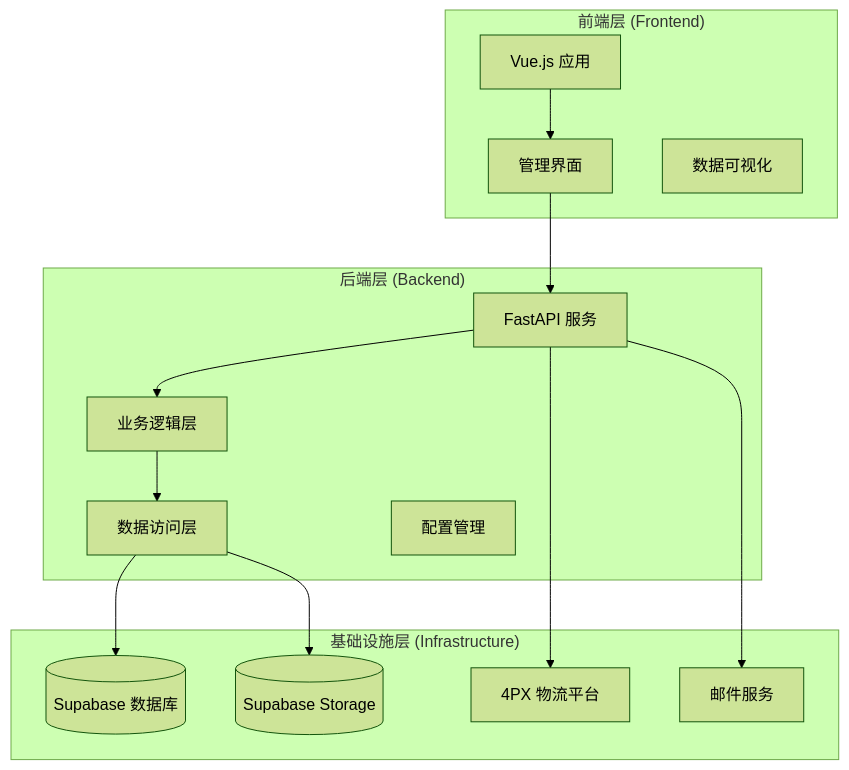
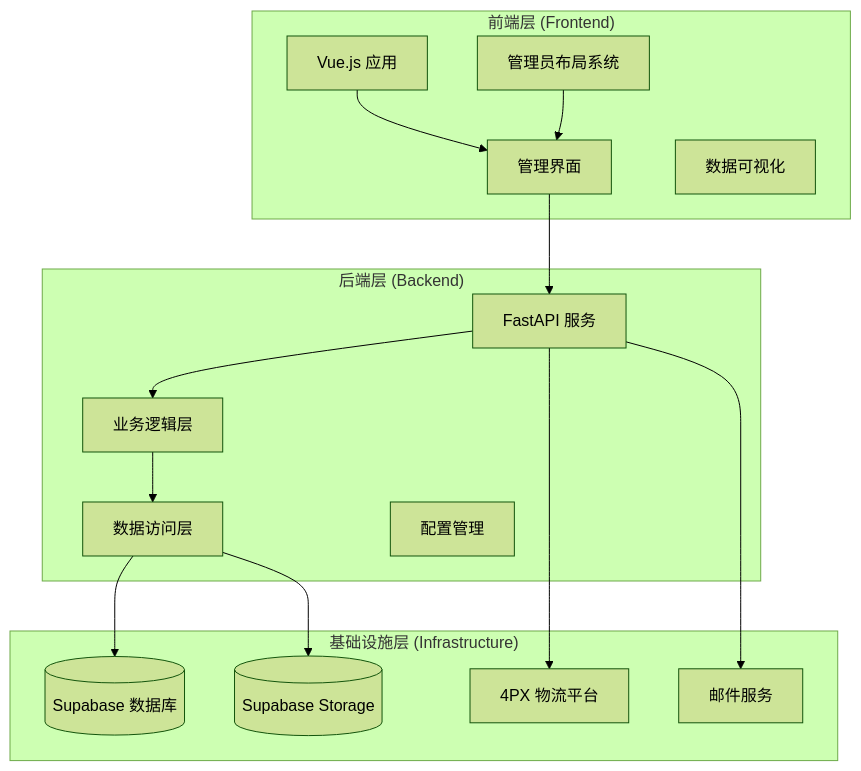
One commit to SY6621/POD-Order-Management changed the first of 18 diagrams in .qoder/repowiki/zh/content/开发指南/管理面板功能增强.md. Above: the diagram before and after it, drawn with Mermaid (forest theme). The commit also changed other lines of this file and 18 other files, not shown here.

````diff
--- a/.qoder/repowiki/zh/content/开发指南/管理面板功能增强.md
+++ b/.qoder/repowiki/zh/content/开发指南/管理面板功能增强.md
@@ -47,28 +62,30 @@
 ```mermaid
 graph TB
 subgraph "前端层 (Frontend)"
 FE1[Vue.js 应用]
 FE2[管理界面]
 FE3[数据可视化]
+FE4[管理员布局系统]
 end
 subgraph "后端层 (Backend)"
 BE1[FastAPI 服务]
 BE2[业务逻辑层]
 BE3[数据访问层]
 BE4[配置管理]
 end
 subgraph "基础设施层 (Infrastructure)"
 DB[(Supabase 数据库)]
 ST[(Supabase Storage)]
 LP[4PX 物流平台]
 EM[邮件服务]
 end
 FE1 --> FE2
 FE2 --> BE1
+FE4 --> FE2
 BE1 --> BE2
 BE2 --> BE3
 BE3 --> DB
 BE3 --> ST
 BE1 --> LP
 BE1 --> EM
 ```
````
